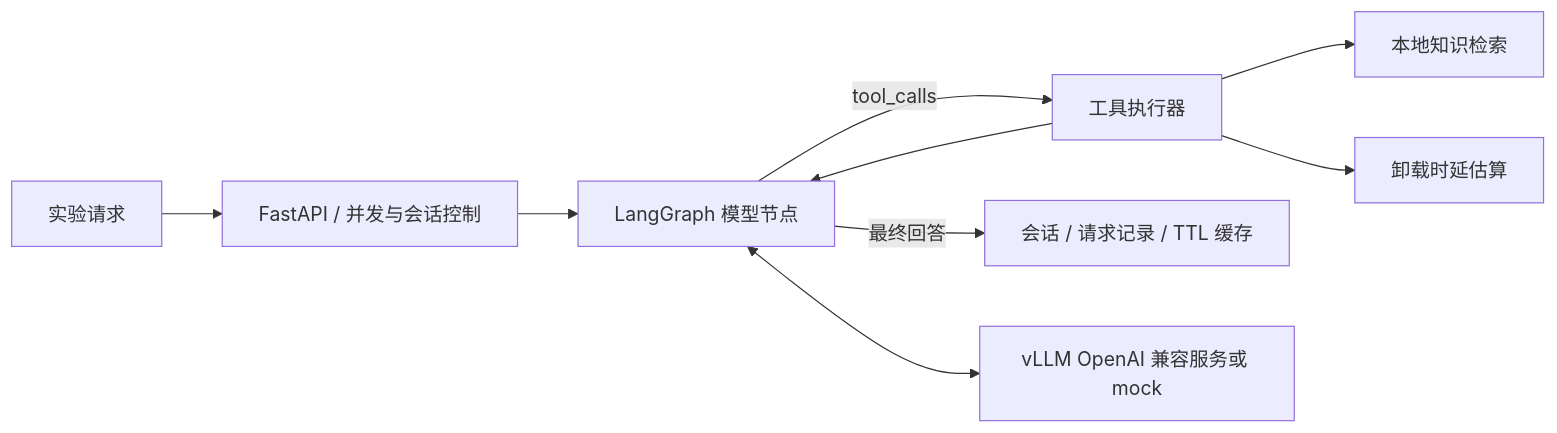
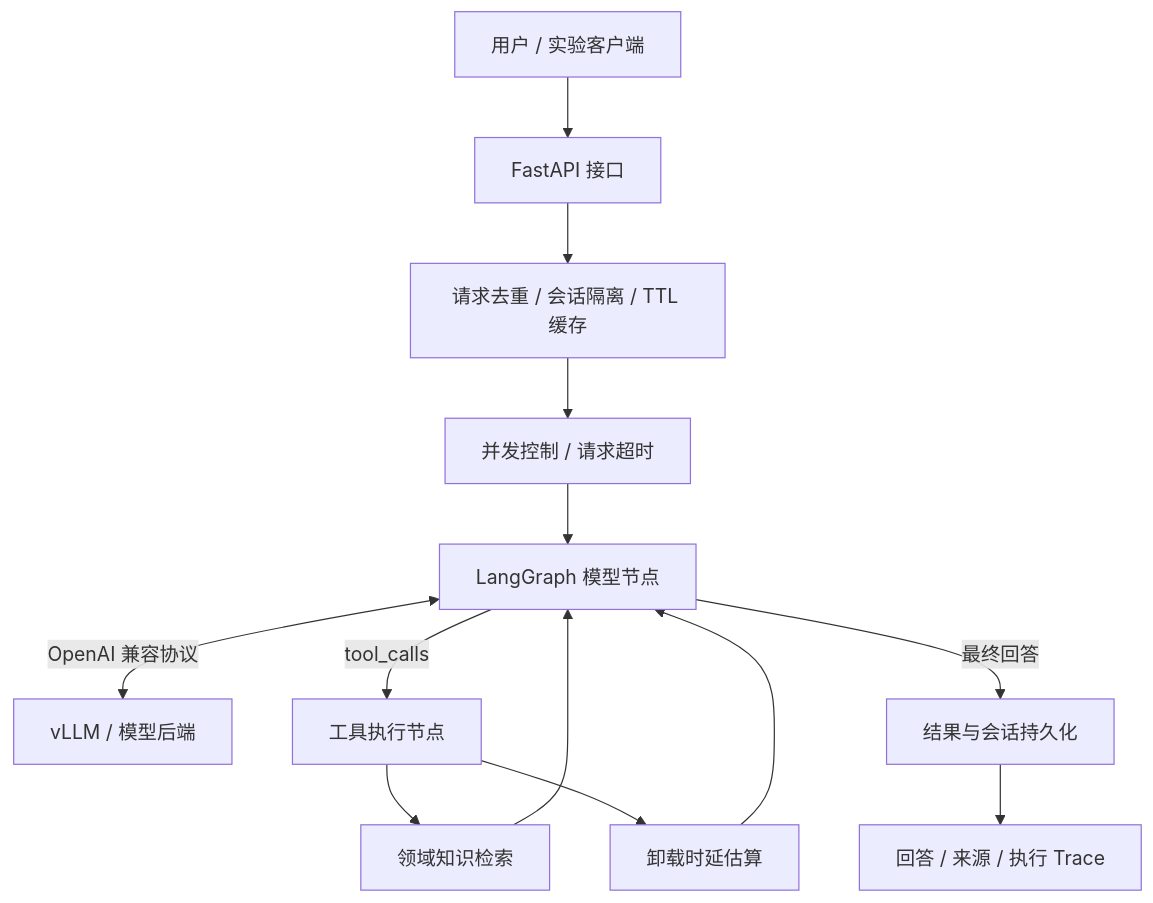
Before and after one commit to cooper-ee/vehicular-agent-infra: the diagram in README.md, drawn with Mermaid. The commit also changed other lines of this file, not shown here.

````diff
--- a/README.md
+++ b/README.md
@@ -15,11 +28,15 @@
 ```mermaid
-flowchart LR
-    U[实验请求] --> API[FastAPI / 并发与会话控制]
-    API --> G[LangGraph 模型节点]
-    G -->|tool_calls| T[工具执行器]
-    T --> R[本地知识检索]
+flowchart TB
+    U[用户 / 实验客户端] --> API[FastAPI 接口]
+    API --> C[请求去重 / 会话隔离 / TTL 缓存]
+    C --> Q[并发控制 / 请求超时]
+    Q --> G[LangGraph 模型节点]
+    G <-->|OpenAI 兼容协议| L[vLLM / 模型后端]
+    G -->|tool_calls| T[工具执行节点]
+    T --> R[领域知识检索]
     T --> E[卸载时延估算]
-    T --> G
-    G -->|最终回答| DB[会话 / 请求记录 / TTL 缓存]
-    G <--> V[vLLM OpenAI 兼容服务或 mock]
+    R --> G
+    E --> G
+    G -->|最终回答| S[结果与会话持久化]
+    S --> O[回答 / 来源 / 执行 Trace]
 ```
````
